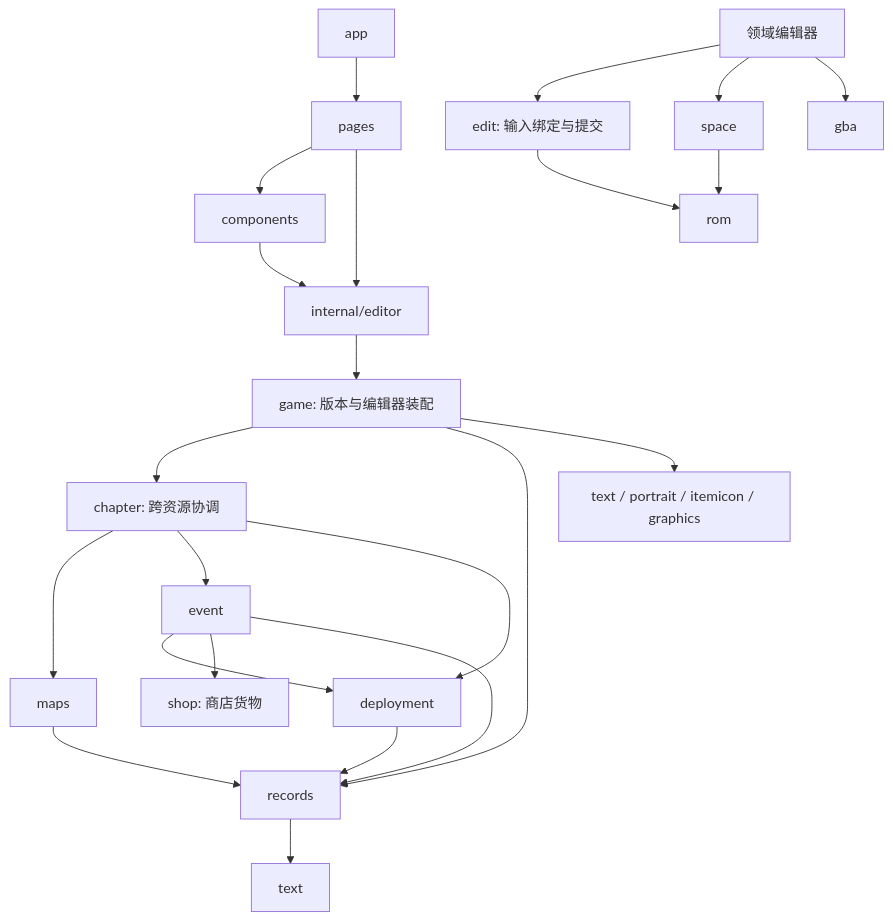
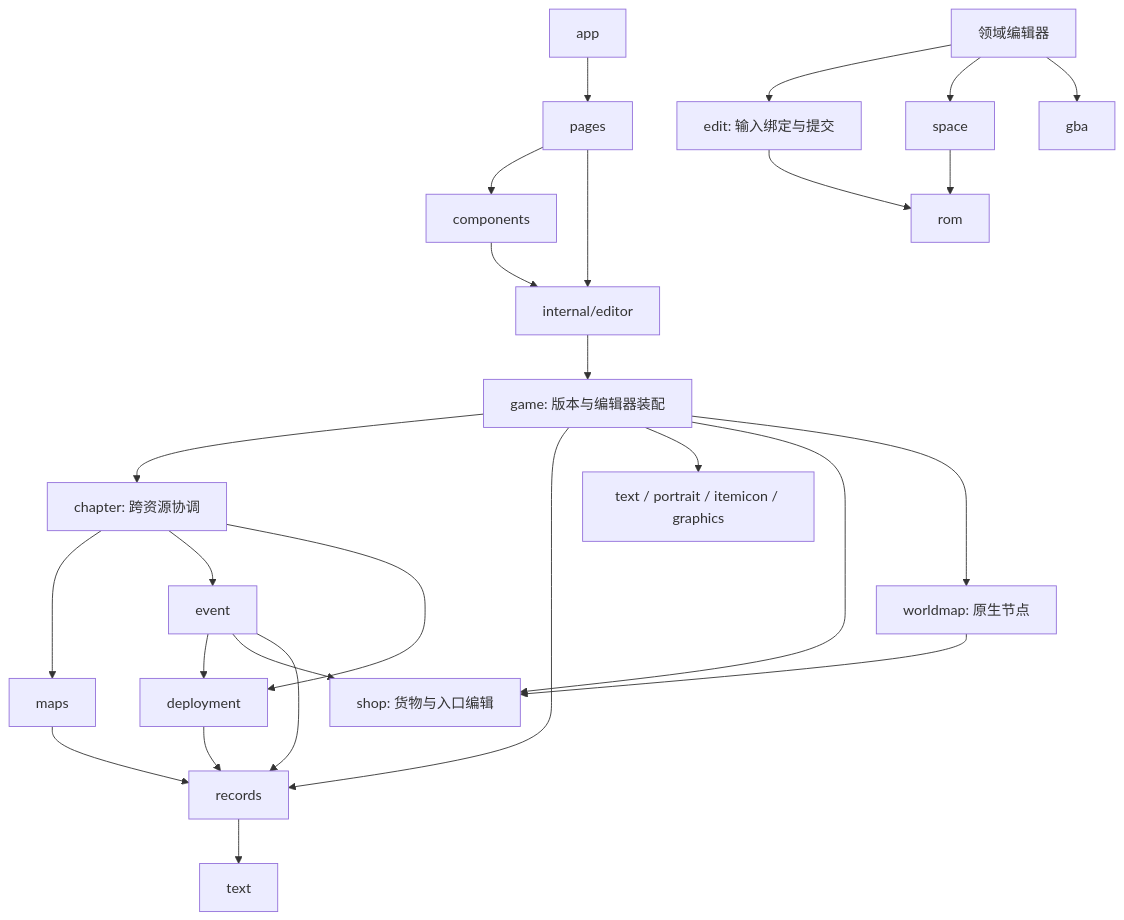
One commit to woxQAQ/febuildergba-mygo changed the first of 2 diagrams in docs/architecture.md. Above: the diagram before and after it, drawn with Mermaid. The commit also changed other lines of this file and 41 other files, not shown here.

````diff
--- a/docs/architecture.md
+++ b/docs/architecture.md
@@ -54,25 +55,28 @@
 ```mermaid
 flowchart TD
     App[app] --> Pages[pages]
     Pages --> Components[components]
     Pages --> State[internal/editor]
     Components --> State
     State --> Game[game: 版本与编辑器装配]
     Game --> Chapter[chapter: 跨资源协调]
     Game --> Records[records]
     Game --> Media[text / portrait / itemicon / graphics]
     Chapter --> Maps[maps]
     Chapter --> Event[event]
     Chapter --> Deployment[deployment]
     Event --> Deployment
-    Event --> Shop[shop: 商店货物]
+    Game --> Shop[shop: 货物与入口编辑]
+    Game --> Worldmap[worldmap: 原生节点]
+    Worldmap --> Shop
+    Event --> Shop
     Event --> Records
     Maps --> Records
     Deployment --> Records
     Records --> Text[text]
     Domain[领域编辑器] --> Edit[edit: 输入绑定与提交]
     Edit --> ROM[rom]
     Domain --> Space[space]
     Domain --> GBA[gba]
     Space --> ROM
 ```
````
